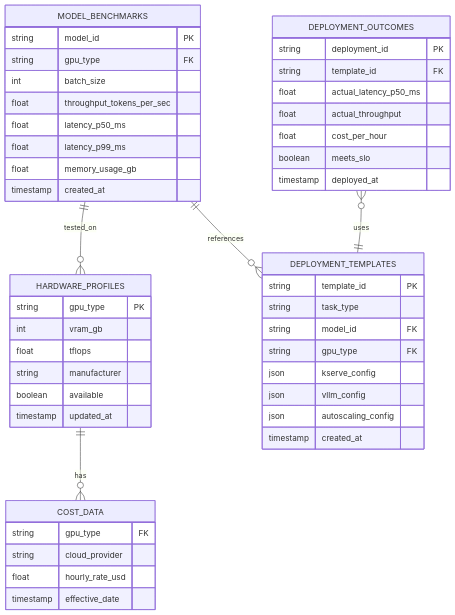
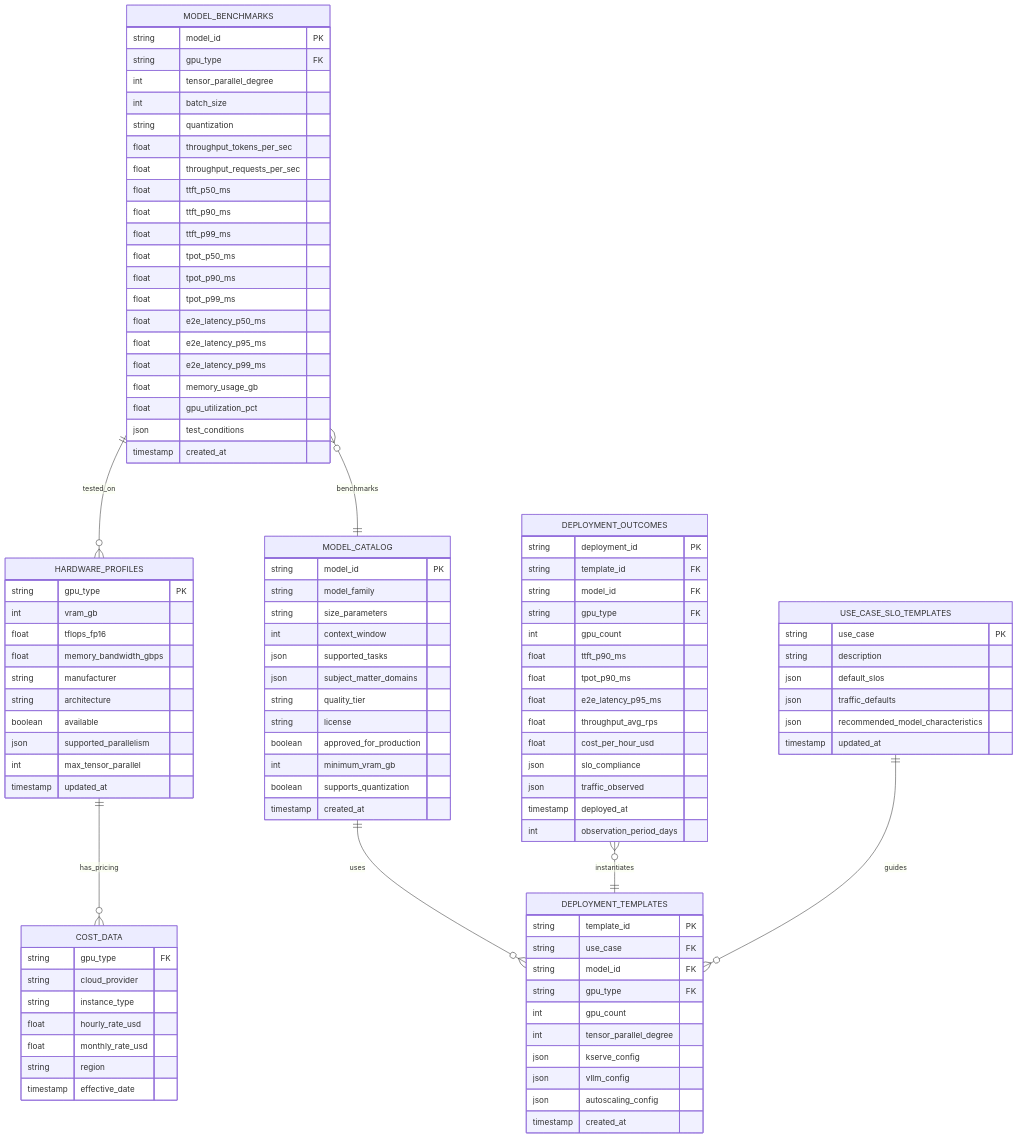
One commit to redhat-et/compass changed the fifth of 5 diagrams in architecture-diagram.md. Above: the diagram before and after it, drawn with Mermaid. The commit also changed other lines of this file and 1 other file, not shown here.

First line of the commit message:
Add comprehensive SLO-driven deployment planning capabilities

````diff
--- a/architecture-diagram.md
+++ b/architecture-diagram.md
@@ -213,35 +301,79 @@
 ```mermaid
 erDiagram
     MODEL_BENCHMARKS ||--o{ HARDWARE_PROFILES : "tested_on"
-    MODEL_BENCHMARKS ||--o{ DEPLOYMENT_TEMPLATES : "references"
-    DEPLOYMENT_OUTCOMES }o--|| DEPLOYMENT_TEMPLATES : "uses"
-    HARDWARE_PROFILES ||--o{ COST_DATA : "has"
+    MODEL_BENCHMARKS }o--|| MODEL_CATALOG : "benchmarks"
+    MODEL_CATALOG ||--o{ DEPLOYMENT_TEMPLATES : "uses"
+    DEPLOYMENT_OUTCOMES }o--|| DEPLOYMENT_TEMPLATES : "instantiates"
+    HARDWARE_PROFILES ||--o{ COST_DATA : "has_pricing"
+    USE_CASE_SLO_TEMPLATES ||--o{ DEPLOYMENT_TEMPLATES : "guides"
 
     MODEL_BENCHMARKS {
         string model_id PK
         string gpu_type FK
+        int tensor_parallel_degree
         int batch_size
+        string quantization
         float throughput_tokens_per_sec
-        float latency_p50_ms
-        float latency_p99_ms
+        float throughput_requests_per_sec
+        float ttft_p50_ms
+        float ttft_p90_ms
+        float ttft_p99_ms
+        float tpot_p50_ms
+        float tpot_p90_ms
+        float tpot_p99_ms
+        float e2e_latency_p50_ms
+        float e2e_latency_p95_ms
+        float e2e_latency_p99_ms
         float memory_usage_gb
+        float gpu_utilization_pct
+        json test_conditions
         timestamp created_at
     }
 
     HARDWARE_PROFILES {
         string gpu_type PK
         int vram_gb
-        float tflops
+        float tflops_fp16
+        float memory_bandwidth_gbps
         string manufacturer
+        string architecture
         boolean available
+        json supported_parallelism
+        int max_tensor_parallel
+        timestamp updated_at
+    }
+
+    MODEL_CATALOG {
+        string model_id PK
+        string model_family
+        string size_parameters
+        int context_window
+        json supported_tasks
+        json subject_matter_domains
+        string quality_tier
+        string license
+        boolean approved_for_production
+        int minimum_vram_gb
+        boolean supports_quantization
+        timestamp created_at
+    }
+
+    USE_CASE_SLO_TEMPLATES {
+        string use_case PK
+        string description
+        json default_slos
+        json traffic_defaults
+        json recommended_model_characteristics
         timestamp updated_at
     }
 
     DEPLOYMENT_TEMPLATES {
         string template_id PK
-        string task_type
+        string use_case FK
         string model_id FK
         string gpu_type FK
+        int gpu_count
+        int tensor_parallel_degree
         json kserve_config
         json vllm_config
         json autoscaling_config
@@ -251,17 +383,27 @@
     DEPLOYMENT_OUTCOMES {
         string deployment_id PK
         string template_id FK
-        float actual_latency_p50_ms
-        float actual_throughput
-        float cost_per_hour
-        boolean meets_slo
+        string model_id FK
+        string gpu_type FK
+        int gpu_count
+        float ttft_p90_ms
+        float tpot_p90_ms
+        float e2e_latency_p95_ms
+        float throughput_avg_rps
+        float cost_per_hour_usd
+        json slo_compliance
+        json traffic_observed
         timestamp deployed_at
+        int observation_period_days
     }
 
     COST_DATA {
         string gpu_type FK
         string cloud_provider
+        string instance_type
         float hourly_rate_usd
+        float monthly_rate_usd
+        string region
         timestamp effective_date
     }
 ```
````
